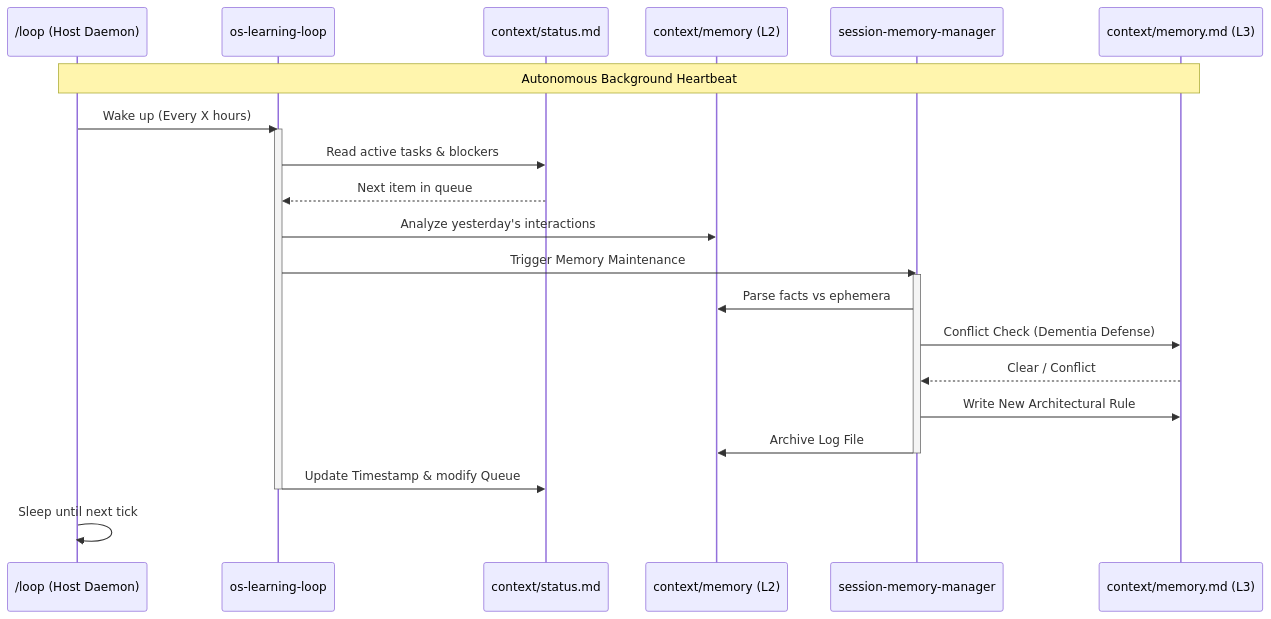
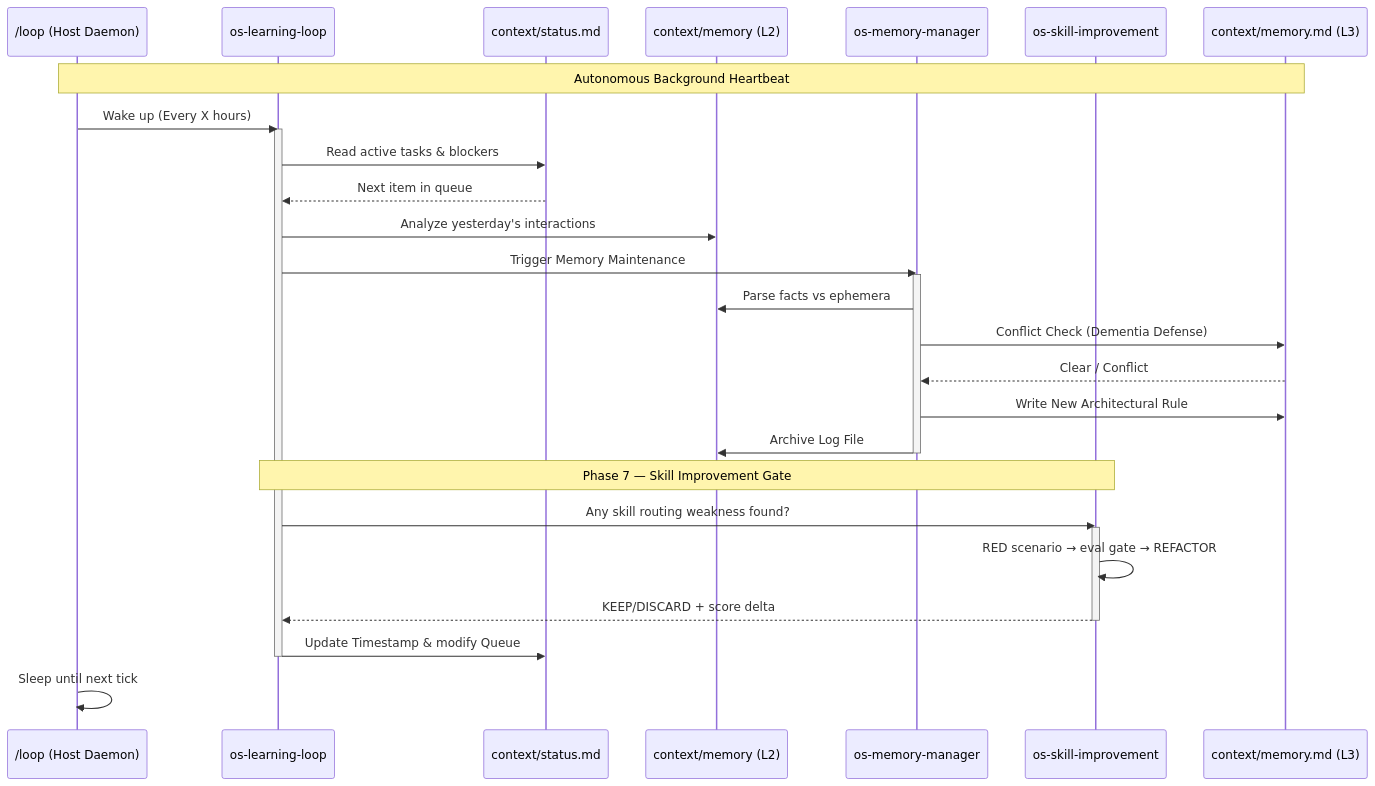
The diagram in plugins/agent-agentic-os/assets/diagrams/agentic-os-loop-lifecycle.mmd (richfrem/agent-plugins-skills), drawn with Mermaid before and after one commit. The commit also changed 9 other files, not shown here.

First line of the commit message:
docs(diagrams): update all MMDs for renamed skills + add improvement-flywheel

```diff
--- a/plugins/agent-agentic-os/assets/diagrams/agentic-os-loop-lifecycle.mmd
+++ b/plugins/agent-agentic-os/assets/diagrams/agentic-os-loop-lifecycle.mmd
@@ -1,31 +1,39 @@
 sequenceDiagram
     participant Scheduler as /loop (Host Daemon)
     participant LoopAgent as os-learning-loop
     participant Status as context/status.md
     participant Logs as context/memory (L2)
-    participant MemMan as session-memory-manager
+    participant MemMan as os-memory-manager
+    participant SkillImprove as os-skill-improvement
     participant LTMem as context/memory.md (L3)
 
     Note over Scheduler, LTMem: Autonomous Background Heartbeat
 
     Scheduler->>LoopAgent: Wake up (Every X hours)
     activate LoopAgent
     
     LoopAgent->>Status: Read active tasks & blockers
     Status-->>LoopAgent: Next item in queue
     
     LoopAgent->>Logs: Analyze yesterday's interactions
     LoopAgent->>MemMan: Trigger Memory Maintenance
     
     activate MemMan
     MemMan->>Logs: Parse facts vs ephemera
     MemMan->>LTMem: Conflict Check (Dementia Defense)
     LTMem-->>MemMan: Clear / Conflict
     MemMan->>LTMem: Write New Architectural Rule
     MemMan->>Logs: Archive Log File
     deactivate MemMan
-    
+
+    Note over LoopAgent, SkillImprove: Phase 7 — Skill Improvement Gate
+    LoopAgent->>SkillImprove: Any skill routing weakness found?
+    activate SkillImprove
+    SkillImprove->>SkillImprove: RED scenario → eval gate → REFACTOR
+    SkillImprove-->>LoopAgent: KEEP/DISCARD + score delta
+    deactivate SkillImprove
+
     LoopAgent->>Status: Update Timestamp & modify Queue
-    
+
     deactivate LoopAgent
     Scheduler->>Scheduler: Sleep until next tick
```
